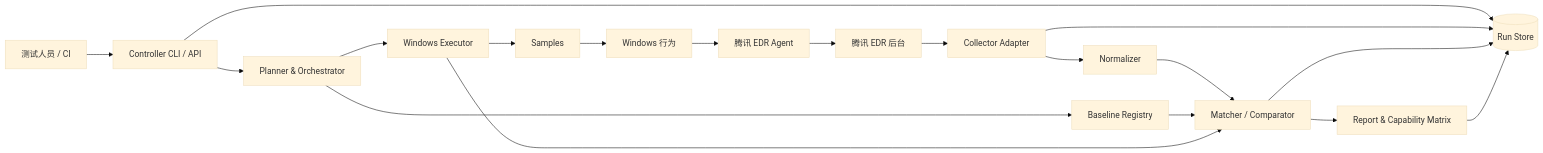
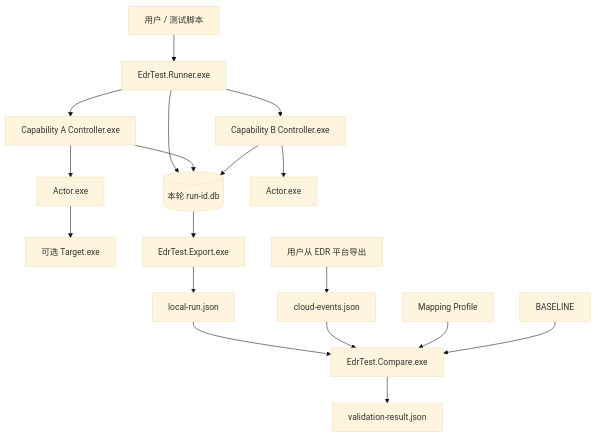
One commit to ParleStargazer/Tencent-EDR-Test changed the first of 3 diagrams in docs/DESIGN.md. Above: the diagram before and after it, drawn with Mermaid (base theme). The commit also changed other lines of this file and 18 other files, not shown here.

````diff
--- a/docs/DESIGN.md
+++ b/docs/DESIGN.md
@@ -100,21 +102,20 @@
 ```mermaid
-flowchart LR
-    U["测试人员 / CI"] --> C["Controller CLI / API"]
-    C --> P["Planner & Orchestrator"]
-    P --> B["Baseline Registry"]
-    P --> W["Windows Executor"]
-    W --> S["Samples"]
-    S --> OS["Windows 行为"]
-    OS --> A["腾讯 EDR Agent"]
-    A --> E["腾讯 EDR 后台"]
-    E --> K["Collector Adapter"]
-    K --> N["Normalizer"]
-    N --> M["Matcher / Comparator"]
-    B --> M
-    W --> M
-    M --> R["Report & Capability Matrix"]
-    C --> D[("Run Store")]
-    K --> D
-    M --> D
-    R --> D
+flowchart TB
+    U["用户 / 测试脚本"] --> R["EdrTest.Runner.exe"]
+    R --> DB[("本轮 run-id.db")]
+    R --> C1["Capability A Controller.exe"]
+    R --> C2["Capability B Controller.exe"]
+    C1 --> A1["Actor.exe"]
+    A1 --> T1["可选 Target.exe"]
+    C2 --> A2["Actor.exe"]
+    C1 --> DB
+    C2 --> DB
+    DB --> X["EdrTest.Export.exe"]
+    X --> LJ["local-run.json"]
+    E["用户从 EDR 平台导出"] --> CJ["cloud-events.json"]
+    LJ --> P["EdrTest.Compare.exe"]
+    CJ --> P
+    M["Mapping Profile"] --> P
+    B["BASELINE"] --> P
+    P --> V["validation-result.json"]
 ```
````
